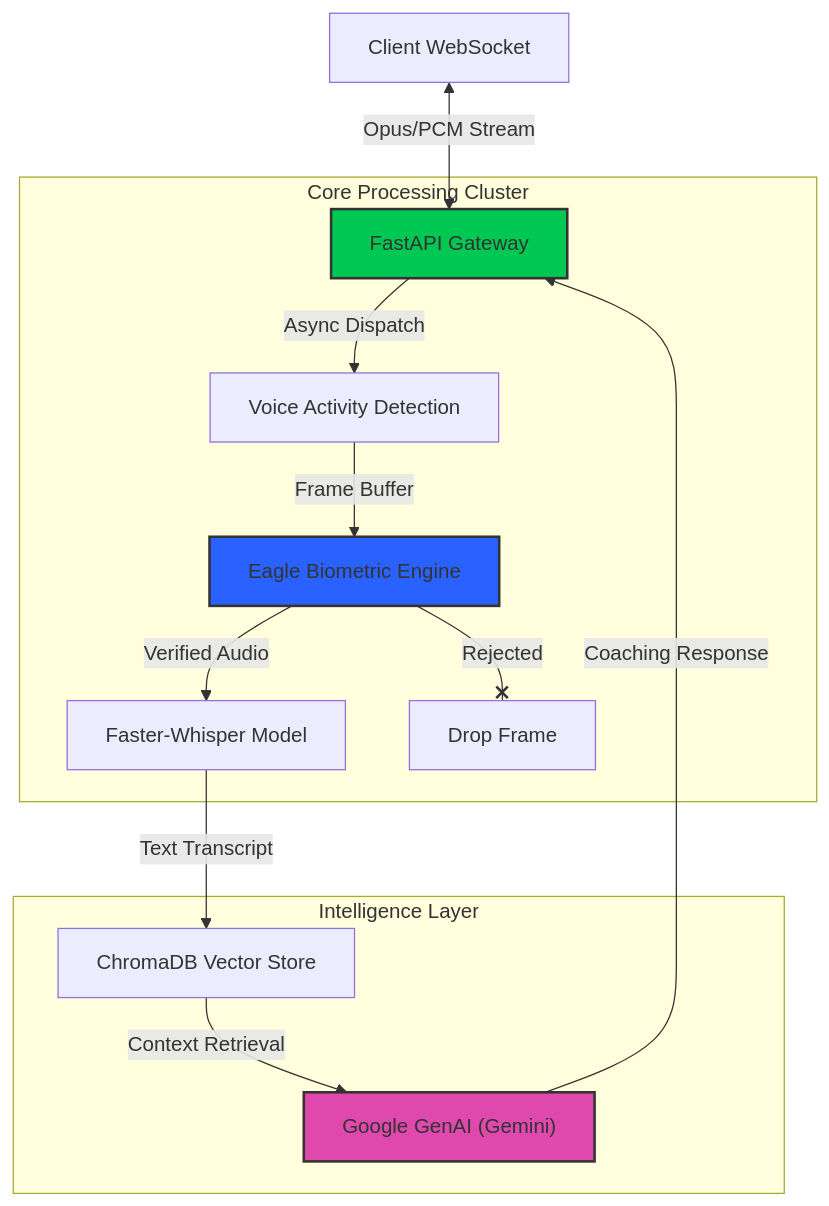
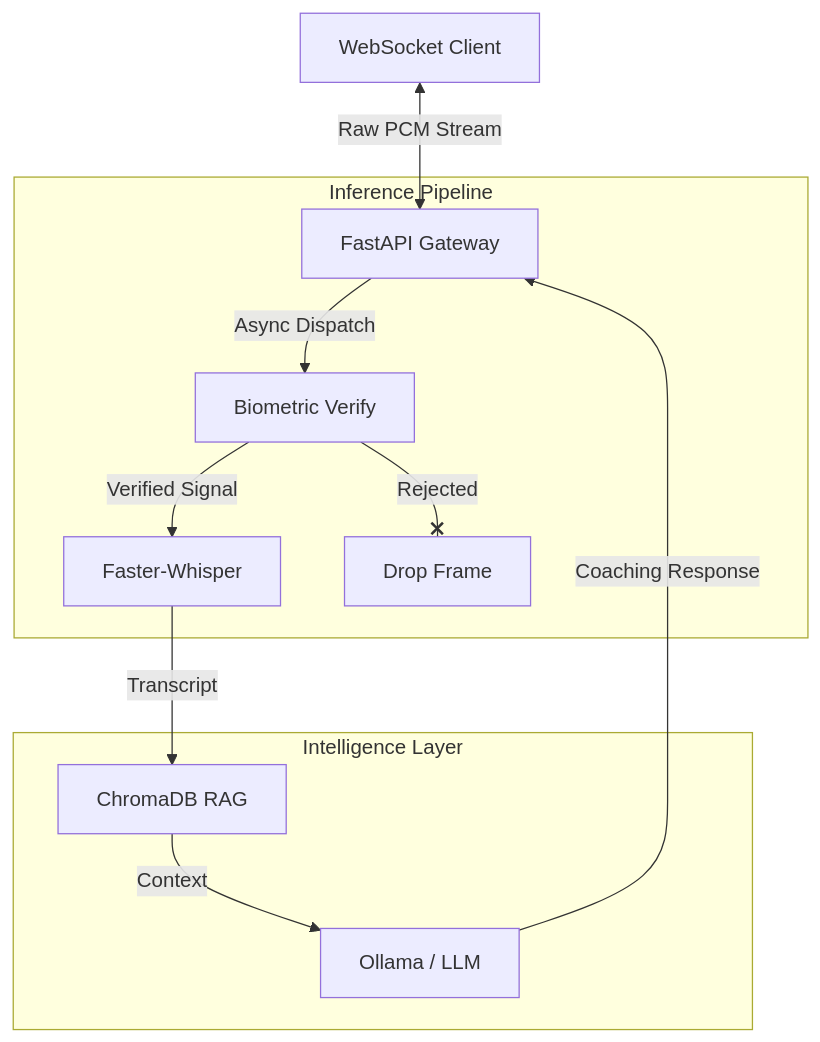
The diagram in backend2/README.md (ibesuperv/VoxSentinel), drawn with Mermaid before and after one commit. The commit also changed other lines of this file, not shown here.

First line of the commit message:
Revise README for VoxSentinel branding and architecture

````diff
--- a/backend2/README.md
+++ b/backend2/README.md
@@ -23,22 +11,16 @@
 ```mermaid
 graph TD
-    Client[Client WebSocket] <-->|Opus/PCM Stream| API[FastAPI Gateway]
+    Client[WebSocket Client] <-->|Raw PCM Stream| API[FastAPI Gateway]
     
-    subgraph "Core Processing Cluster"
-        API -->|Async Dispatch| VAD[Voice Activity Detection]
-        VAD -->|Frame Buffer| Eagle[Eagle Biometric Engine]
-        
-        Eagle -->|Verified Audio| STT[Faster-Whisper Model]
+    subgraph "Inference Pipeline"
+        API -->|Async Dispatch| Eagle[Biometric Verify]
+        Eagle -->|Verified Signal| STT[Faster-Whisper]
         Eagle --x|Rejected| Garbage[Drop Frame]
     end
     
-     subgraph "Intelligence Layer"
-        STT -->|Text Transcript| Memory[ChromaDB Vector Store]
-        Memory -->|Context Retrieval| LLM["Google GenAI (Gemini)"]
+    subgraph "Intelligence Layer"
+        STT -->|Transcript| Memory[ChromaDB RAG]
+        Memory -->|Context| LLM[Ollama / LLM]
         LLM -->|Coaching Response| API
     end
-    
-    style API fill:#00c853,stroke:#333,stroke-width:2px
-    style Eagle fill:#2962ff,stroke:#333,stroke-width:2px
-    style LLM fill:#df48ad,stroke:#333,stroke-width:2px
 ```
````
